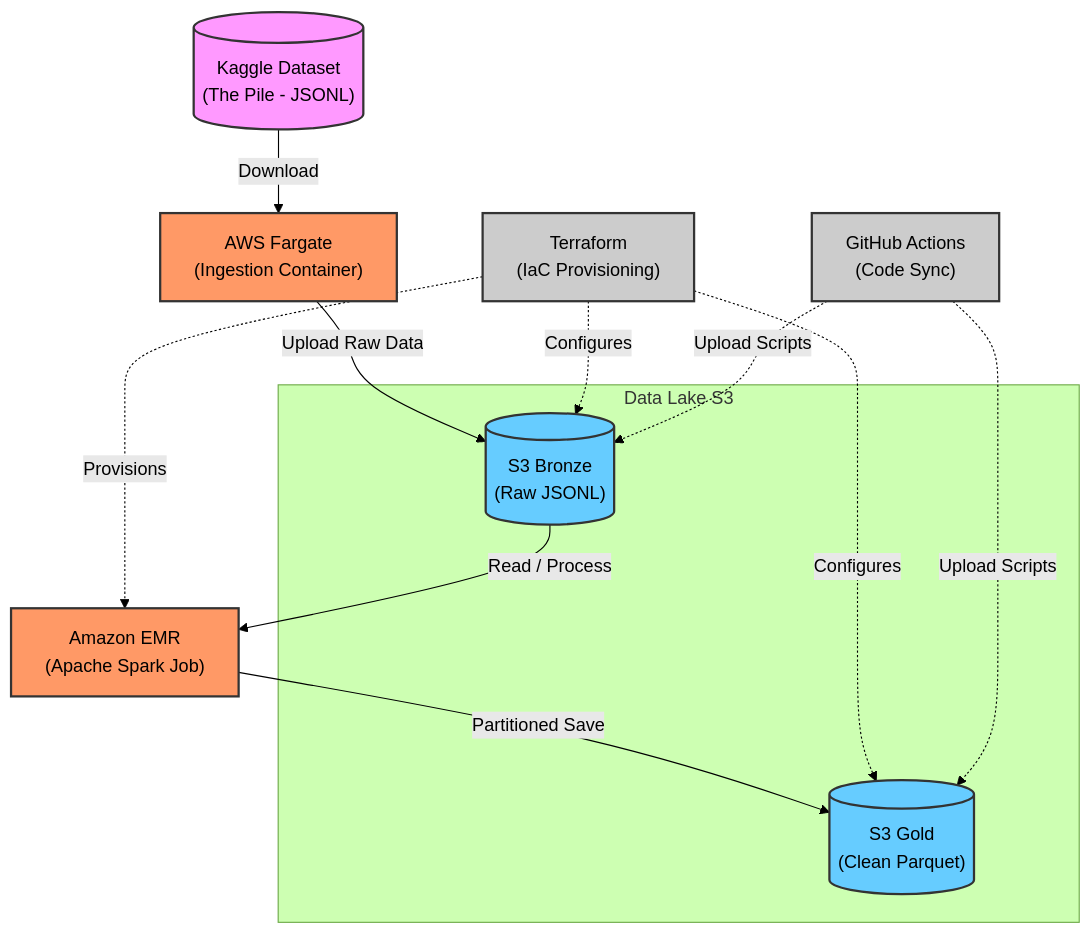
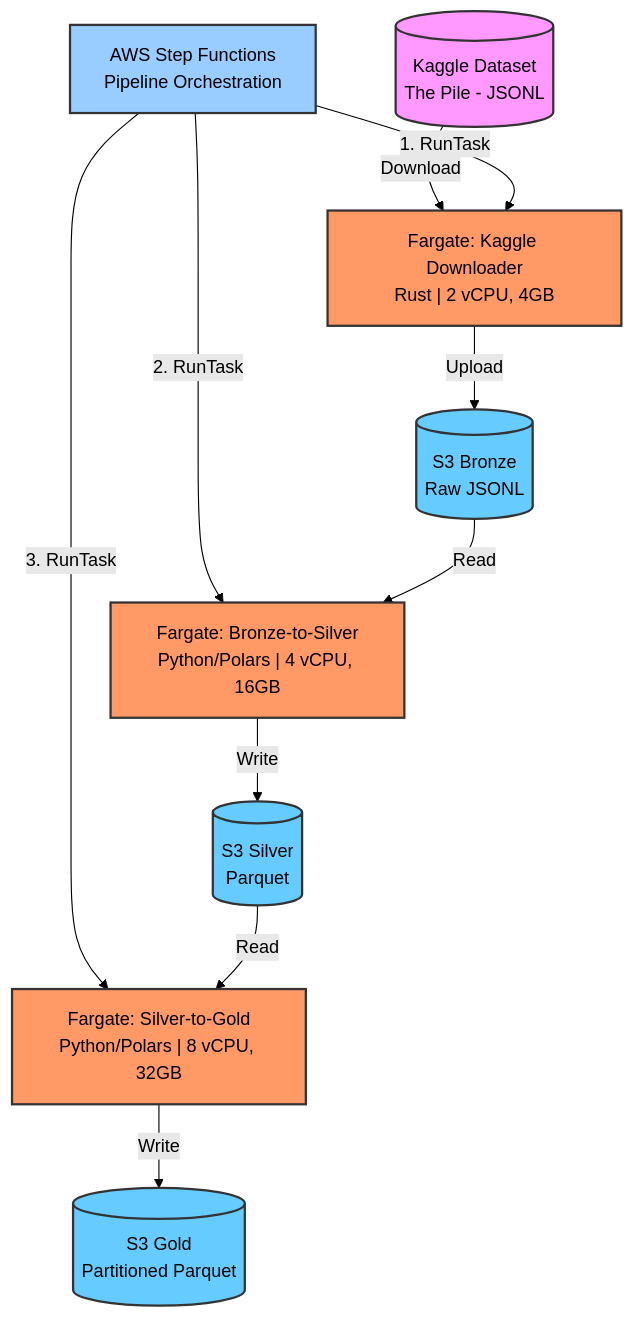
One commit to NJANDOT/BigDataEMR_annihilated_by_Polars_Rust changed the second of 2 diagrams in README.md. Above: the diagram before and after it, drawn with Mermaid (forest theme). The commit also changed other lines of this file, not shown here.

````diff
--- a/README.md
+++ b/README.md
@@ -284,39 +318,31 @@
 ```mermaid
-graph TD
+graph TB
     classDef source fill:#f9f,stroke:#333,stroke-width:2px;
     classDef compute fill:#f96,stroke:#333,stroke-width:2px;
     classDef storage fill:#6cf,stroke:#333,stroke-width:2px;
-    classDef config fill:#ccc,stroke:#333,stroke-width:2px;
+    classDef orchestration fill:#9cf,stroke:#333,stroke-width:2px;
 
-    %% Data Source
-    Kaggle[("Kaggle Dataset<br>(The Pile - JSONL)")]:::source
-
-    %% Ingestion
-    Fargate["AWS Fargate<br>(Ingestion Container)"]:::compute
-
-    %% Storage
-    subgraph Data Lake S3
-        S3Bronze[("S3 Bronze<br>(Raw JSONL)")]:::storage
-        S3Gold[("S3 Gold<br>(Clean Parquet)")]:::storage
-    end
-
-    %% Processing
-    EMR["Amazon EMR<br>(Apache Spark Job)"]:::compute
-
-    %% IaC & Code
-    TF["Terraform<br>(IaC Provisioning)"]:::config
-    GH["GitHub Actions<br>(Code Sync)"]:::config
-
-    %% Data Flow
-    Kaggle -->|Download| Fargate
-    Fargate -->|Upload Raw Data| S3Bronze
-    S3Bronze -->|Read / Process| EMR
-    EMR -->|Partitioned Save| S3Gold
-
-    %% Infra Flow
-    TF -.->|Provisions| EMR
-    TF -.->|Configures| S3Bronze
-    TF -.->|Configures| S3Gold
-    GH -.->|Upload Scripts| S3Bronze
-    GH -.->|Upload Scripts| S3Gold
+    Kaggle[("Kaggle Dataset<br>The Pile - JSONL")]:::source
+    
+    SF["AWS Step Functions<br>Pipeline Orchestration"]:::orchestration
+    
+    K["Fargate: Kaggle Downloader<br>Rust | 2 vCPU, 4GB"]:::compute
+    B["Fargate: Bronze-to-Silver<br>Python/Polars | 4 vCPU, 16GB"]:::compute
+    S["Fargate: Silver-to-Gold<br>Python/Polars | 8 vCPU, 32GB"]:::compute
+    
+    Bronze[("S3 Bronze<br>Raw JSONL")]:::storage
+    Silver[("S3 Silver<br>Parquet")]:::storage
+    Gold[("S3 Gold<br>Partitioned Parquet")]:::storage
+    
+    Kaggle -->|Download| K
+    SF -->|1. RunTask| K
+    K -->|Upload| Bronze
+    
+    SF -->|2. RunTask| B
+    Bronze -->|Read| B
+    B -->|Write| Silver
+    
+    SF -->|3. RunTask| S
+    Silver -->|Read| S
+    S -->|Write| Gold
 ```
````
